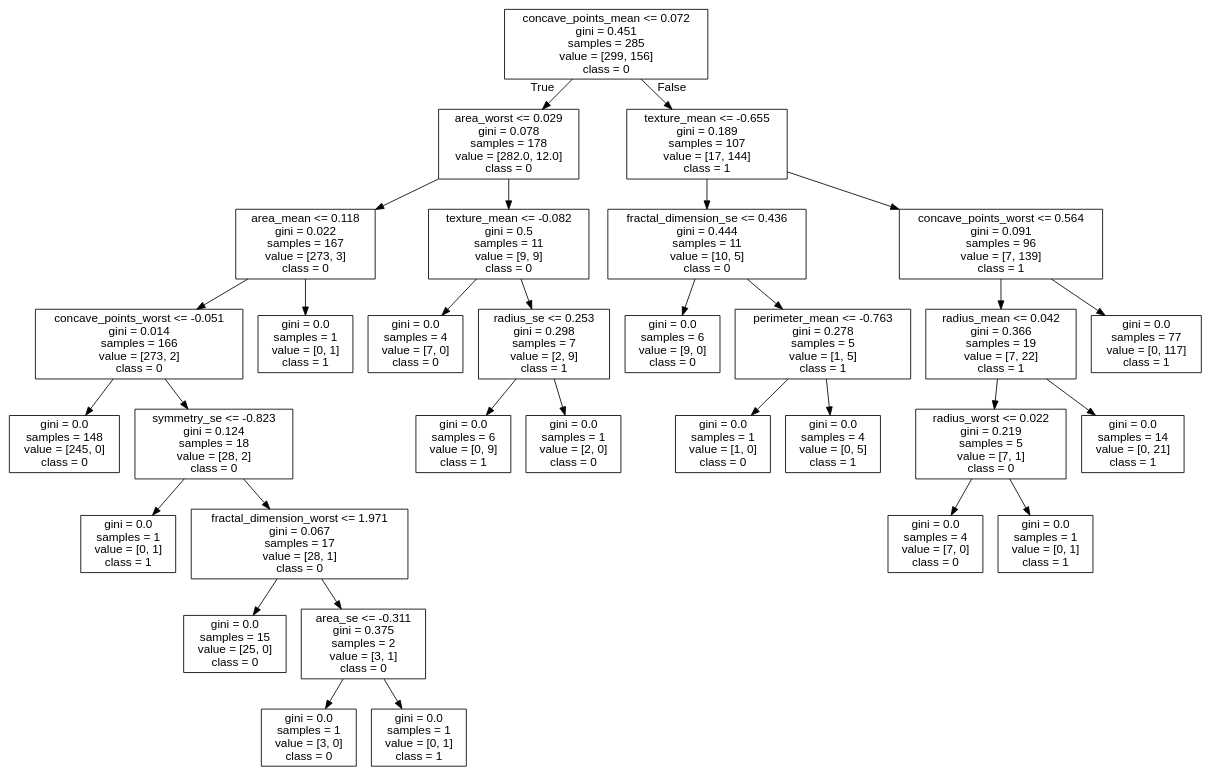
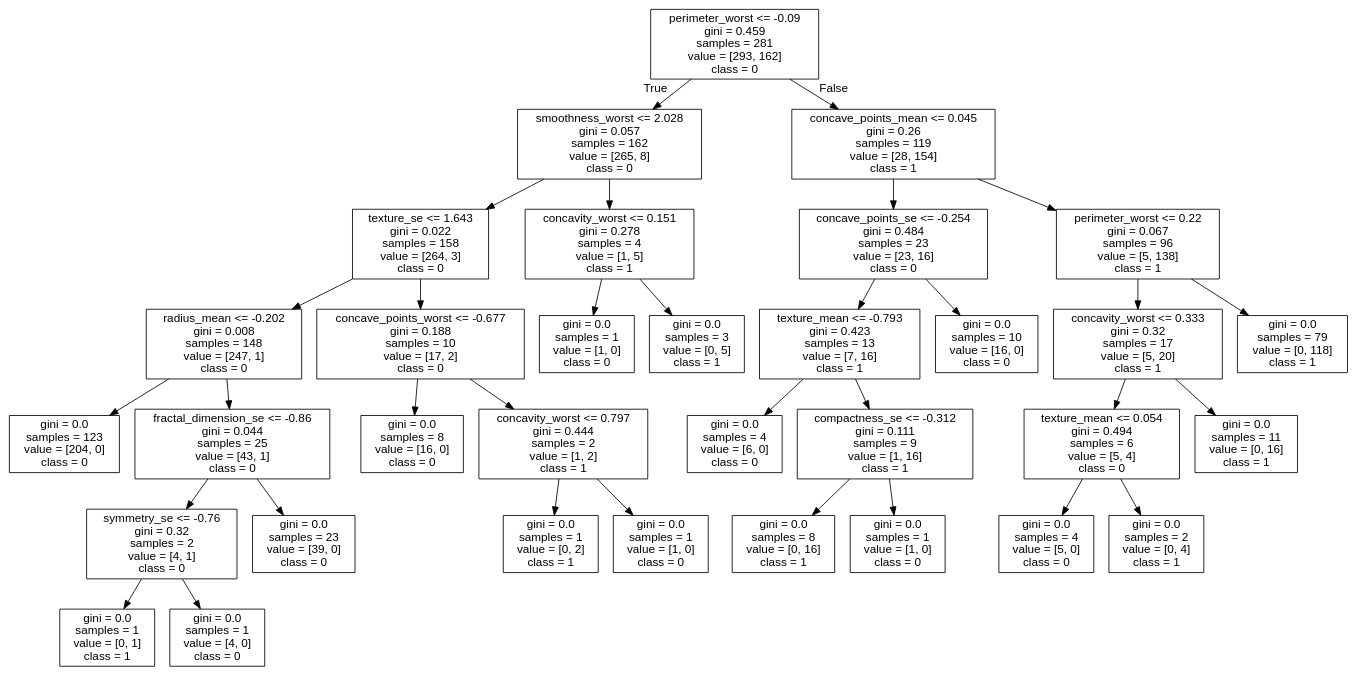
The diagram in data/cancer/tree.dot (cyrilvincent/mlops), drawn with Graphviz before and after one commit. The commit also changed 3 other files, not shown here.

```diff
--- a/data/cancer/tree.dot
+++ b/data/cancer/tree.dot
@@ -1,65 +1,69 @@
 digraph Tree {
 node [shape=box, fontname="helvetica"] ;
 edge [fontname="helvetica"] ;
-0 [label="concave_points_mean <= 0.072\ngini = 0.451\nsamples = 285\nvalue = [299, 156]\nclass = 0"] ;
-1 [label="area_worst <= 0.029\ngini = 0.078\nsamples = 178\nvalue = [282.0, 12.0]\nclass = 0"] ;
+0 [label="perimeter_worst <= -0.09\ngini = 0.459\nsamples = 281\nvalue = [293, 162]\nclass = 0"] ;
+1 [label="smoothness_worst <= 2.028\ngini = 0.057\nsamples = 162\nvalue = [265, 8]\nclass = 0"] ;
 0 -> 1 [labeldistance=2.5, labelangle=45, headlabel="True"] ;
-2 [label="area_mean <= 0.118\ngini = 0.022\nsamples = 167\nvalue = [273, 3]\nclass = 0"] ;
+2 [label="texture_se <= 1.643\ngini = 0.022\nsamples = 158\nvalue = [264, 3]\nclass = 0"] ;
 1 -> 2 ;
-3 [label="concave_points_worst <= -0.051\ngini = 0.014\nsamples = 166\nvalue = [273, 2]\nclass = 0"] ;
+3 [label="radius_mean <= -0.202\ngini = 0.008\nsamples = 148\nvalue = [247, 1]\nclass = 0"] ;
 2 -> 3 ;
-4 [label="gini = 0.0\nsamples = 148\nvalue = [245, 0]\nclass = 0"] ;
+4 [label="gini = 0.0\nsamples = 123\nvalue = [204, 0]\nclass = 0"] ;
 3 -> 4 ;
-5 [label="symmetry_se <= -0.823\ngini = 0.124\nsamples = 18\nvalue = [28, 2]\nclass = 0"] ;
+5 [label="fractal_dimension_se <= -0.86\ngini = 0.044\nsamples = 25\nvalue = [43, 1]\nclass = 0"] ;
 3 -> 5 ;
-6 [label="gini = 0.0\nsamples = 1\nvalue = [0, 1]\nclass = 1"] ;
+6 [label="symmetry_se <= -0.76\ngini = 0.32\nsamples = 2\nvalue = [4, 1]\nclass = 0"] ;
 5 -> 6 ;
-7 [label="fractal_dimension_worst <= 1.971\ngini = 0.067\nsamples = 17\nvalue = [28, 1]\nclass = 0"] ;
-5 -> 7 ;
-8 [label="gini = 0.0\nsamples = 15\nvalue = [25, 0]\nclass = 0"] ;
-7 -> 8 ;
-9 [label="area_se <= -0.311\ngini = 0.375\nsamples = 2\nvalue = [3, 1]\nclass = 0"] ;
-7 -> 9 ;
-10 [label="gini = 0.0\nsamples = 1\nvalue = [3, 0]\nclass = 0"] ;
-9 -> 10 ;
-11 [label="gini = 0.0\nsamples = 1\nvalue = [0, 1]\nclass = 1"] ;
-9 -> 11 ;
-12 [label="gini = 0.0\nsamples = 1\nvalue = [0, 1]\nclass = 1"] ;
-2 -> 12 ;
-13 [label="texture_mean <= -0.082\ngini = 0.5\nsamples = 11\nvalue = [9, 9]\nclass = 0"] ;
-1 -> 13 ;
-14 [label="gini = 0.0\nsamples = 4\nvalue = [7, 0]\nclass = 0"] ;
-13 -> 14 ;
-15 [label="radius_se <= 0.253\ngini = 0.298\nsamples = 7\nvalue = [2, 9]\nclass = 1"] ;
-13 -> 15 ;
-16 [label="gini = 0.0\nsamples = 6\nvalue = [0, 9]\nclass = 1"] ;
+7 [label="gini = 0.0\nsamples = 1\nvalue = [0, 1]\nclass = 1"] ;
+6 -> 7 ;
+8 [label="gini = 0.0\nsamples = 1\nvalue = [4, 0]\nclass = 0"] ;
+6 -> 8 ;
+9 [label="gini = 0.0\nsamples = 23\nvalue = [39, 0]\nclass = 0"] ;
+5 -> 9 ;
+10 [label="concave_points_worst <= -0.677\ngini = 0.188\nsamples = 10\nvalue = [17, 2]\nclass = 0"] ;
+2 -> 10 ;
+11 [label="gini = 0.0\nsamples = 8\nvalue = [16, 0]\nclass = 0"] ;
+10 -> 11 ;
+12 [label="concavity_worst <= 0.797\ngini = 0.444\nsamples = 2\nvalue = [1, 2]\nclass = 1"] ;
+10 -> 12 ;
+13 [label="gini = 0.0\nsamples = 1\nvalue = [0, 2]\nclass = 1"] ;
+12 -> 13 ;
+14 [label="gini = 0.0\nsamples = 1\nvalue = [1, 0]\nclass = 0"] ;
+12 -> 14 ;
+15 [label="concavity_worst <= 0.151\ngini = 0.278\nsamples = 4\nvalue = [1, 5]\nclass = 1"] ;
+1 -> 15 ;
+16 [label="gini = 0.0\nsamples = 1\nvalue = [1, 0]\nclass = 0"] ;
 15 -> 16 ;
-17 [label="gini = 0.0\nsamples = 1\nvalue = [2, 0]\nclass = 0"] ;
+17 [label="gini = 0.0\nsamples = 3\nvalue = [0, 5]\nclass = 1"] ;
 15 -> 17 ;
-18 [label="texture_mean <= -0.655\ngini = 0.189\nsamples = 107\nvalue = [17, 144]\nclass = 1"] ;
+18 [label="concave_points_mean <= 0.045\ngini = 0.26\nsamples = 119\nvalue = [28, 154]\nclass = 1"] ;
 0 -> 18 [labeldistance=2.5, labelangle=-45, headlabel="False"] ;
-19 [label="fractal_dimension_se <= 0.436\ngini = 0.444\nsamples = 11\nvalue = [10, 5]\nclass = 0"] ;
+19 [label="concave_points_se <= -0.254\ngini = 0.484\nsamples = 23\nvalue = [23, 16]\nclass = 0"] ;
 18 -> 19 ;
-20 [label="gini = 0.0\nsamples = 6\nvalue = [9, 0]\nclass = 0"] ;
+20 [label="texture_mean <= -0.793\ngini = 0.423\nsamples = 13\nvalue = [7, 16]\nclass = 1"] ;
 19 -> 20 ;
-21 [label="perimeter_mean <= -0.763\ngini = 0.278\nsamples = 5\nvalue = [1, 5]\nclass = 1"] ;
-19 -> 21 ;
-22 [label="gini = 0.0\nsamples = 1\nvalue = [1, 0]\nclass = 0"] ;
-21 -> 22 ;
-23 [label="gini = 0.0\nsamples = 4\nvalue = [0, 5]\nclass = 1"] ;
-21 -> 23 ;
-24 [label="concave_points_worst <= 0.564\ngini = 0.091\nsamples = 96\nvalue = [7, 139]\nclass = 1"] ;
-18 -> 24 ;
-25 [label="radius_mean <= 0.042\ngini = 0.366\nsamples = 19\nvalue = [7, 22]\nclass = 1"] ;
-24 -> 25 ;
-26 [label="radius_worst <= 0.022\ngini = 0.219\nsamples = 5\nvalue = [7, 1]\nclass = 0"] ;
-25 -> 26 ;
-27 [label="gini = 0.0\nsamples = 4\nvalue = [7, 0]\nclass = 0"] ;
+21 [label="gini = 0.0\nsamples = 4\nvalue = [6, 0]\nclass = 0"] ;
+20 -> 21 ;
+22 [label="compactness_se <= -0.312\ngini = 0.111\nsamples = 9\nvalue = [1, 16]\nclass = 1"] ;
+20 -> 22 ;
+23 [label="gini = 0.0\nsamples = 8\nvalue = [0, 16]\nclass = 1"] ;
+22 -> 23 ;
+24 [label="gini = 0.0\nsamples = 1\nvalue = [1, 0]\nclass = 0"] ;
+22 -> 24 ;
+25 [label="gini = 0.0\nsamples = 10\nvalue = [16, 0]\nclass = 0"] ;
+19 -> 25 ;
+26 [label="perimeter_worst <= 0.22\ngini = 0.067\nsamples = 96\nvalue = [5, 138]\nclass = 1"] ;
+18 -> 26 ;
+27 [label="concavity_worst <= 0.333\ngini = 0.32\nsamples = 17\nvalue = [5, 20]\nclass = 1"] ;
 26 -> 27 ;
-28 [label="gini = 0.0\nsamples = 1\nvalue = [0, 1]\nclass = 1"] ;
-26 -> 28 ;
-29 [label="gini = 0.0\nsamples = 14\nvalue = [0, 21]\nclass = 1"] ;
-25 -> 29 ;
-30 [label="gini = 0.0\nsamples = 77\nvalue = [0, 117]\nclass = 1"] ;
-24 -> 30 ;
+28 [label="texture_mean <= 0.054\ngini = 0.494\nsamples = 6\nvalue = [5, 4]\nclass = 0"] ;
+27 -> 28 ;
+29 [label="gini = 0.0\nsamples = 4\nvalue = [5, 0]\nclass = 0"] ;
+28 -> 29 ;
+30 [label="gini = 0.0\nsamples = 2\nvalue = [0, 4]\nclass = 1"] ;
+28 -> 30 ;
+31 [label="gini = 0.0\nsamples = 11\nvalue = [0, 16]\nclass = 1"] ;
+27 -> 31 ;
+32 [label="gini = 0.0\nsamples = 79\nvalue = [0, 118]\nclass = 1"] ;
+26 -> 32 ;
 }
```
